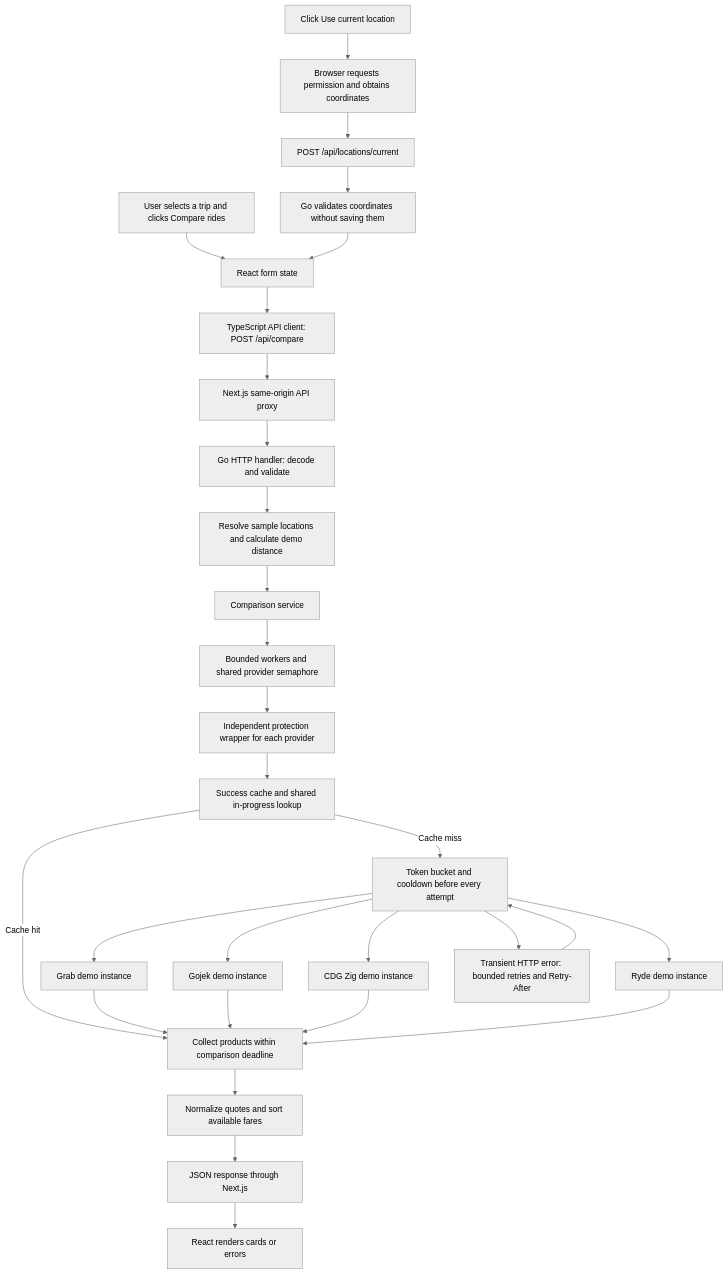
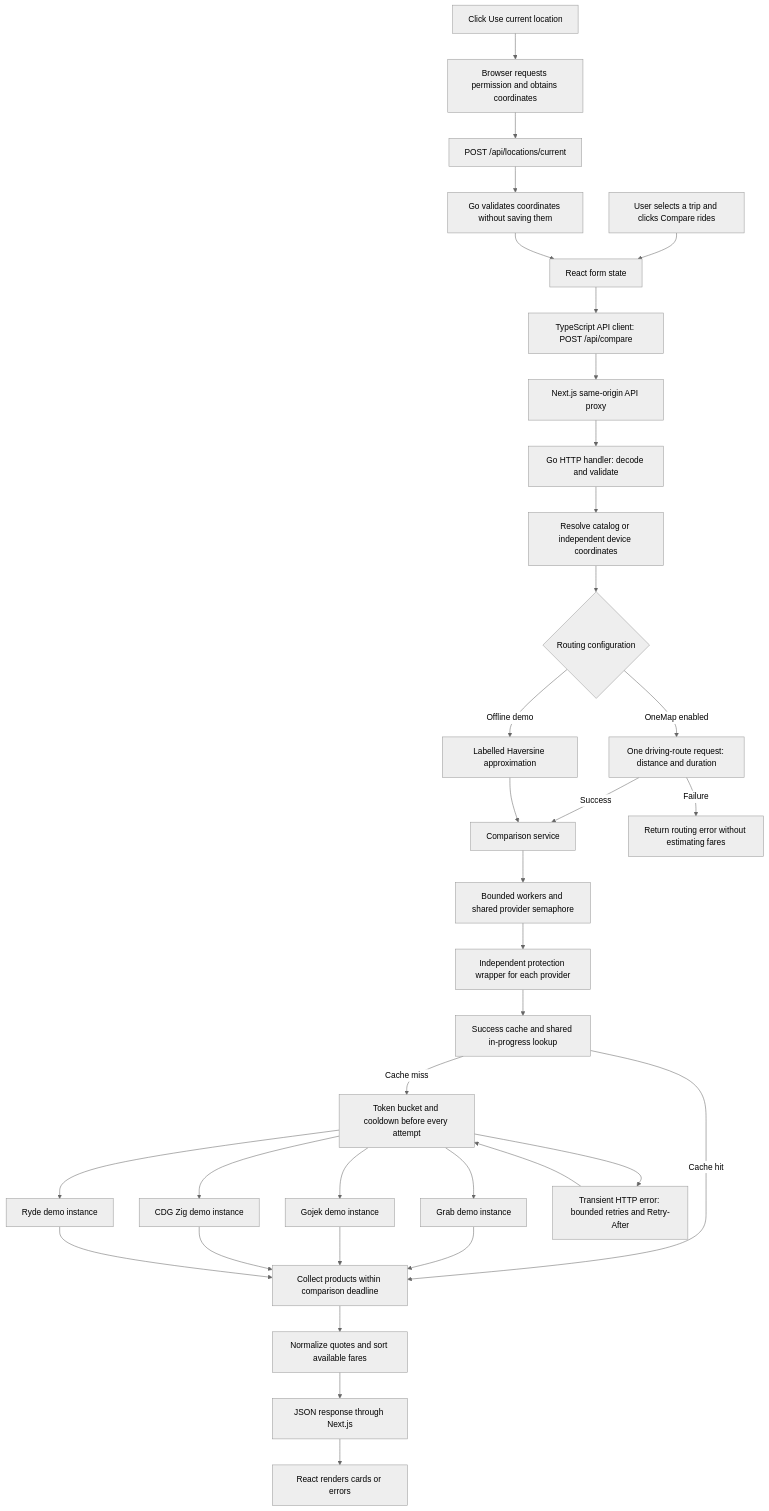
One commit to Raghaaavvv/farewise changed the diagram in README.md. Above: the diagram before and after it, drawn with Mermaid (neutral theme). The commit also changed other lines of this file and 23 other files, not shown here.

Commit message:
Add independent device endpoints and optional OneMap driving distances

````diff
--- a/README.md
+++ b/README.md
@@ -53,31 +55,36 @@
 ```mermaid
 flowchart TD
     A[User selects a trip and clicks Compare rides] --> B[React form state]
     B --> C[TypeScript API client: POST /api/compare]
     C --> D[Next.js same-origin API proxy]
     D --> E[Go HTTP handler: decode and validate]
-    E --> F[Resolve sample locations and calculate demo distance]
-    F --> G[Comparison service]
+    E --> F[Resolve catalog or independent device coordinates]
+    F --> Y{Routing configuration}
+    Y -->|OneMap enabled| Z[One driving-route request: distance and duration]
+    Y -->|Offline demo| AA[Labelled Haversine approximation]
+    Z -->|Success| G[Comparison service]
+    Z -->|Failure| AB[Return routing error without estimating fares]
+    AA --> G
     G --> H[Bounded workers and shared provider semaphore]
     H --> U[Independent protection wrapper for each provider]
     U --> V[Success cache and shared in-progress lookup]
     V -->|Cache miss| W[Token bucket and cooldown before every attempt]
     W --> I[Grab demo instance]
     W --> J[Gojek demo instance]
     W --> K[CDG Zig demo instance]
     W --> L[Ryde demo instance]
     V -->|Cache hit| M
     W --> X[Transient HTTP error: bounded retries and Retry-After]
     X --> W
     I --> M[Collect products within comparison deadline]
     J --> M
     K --> M
     L --> M
     M --> N[Normalize quotes and sort available fares]
     N --> O[JSON response through Next.js]
     O --> P[React renders cards or errors]
     Q[Click Use current location] --> R[Browser requests permission and obtains coordinates]
     R --> S[POST /api/locations/current]
     S --> T[Go validates coordinates without saving them]
     T --> B
 ```
````
